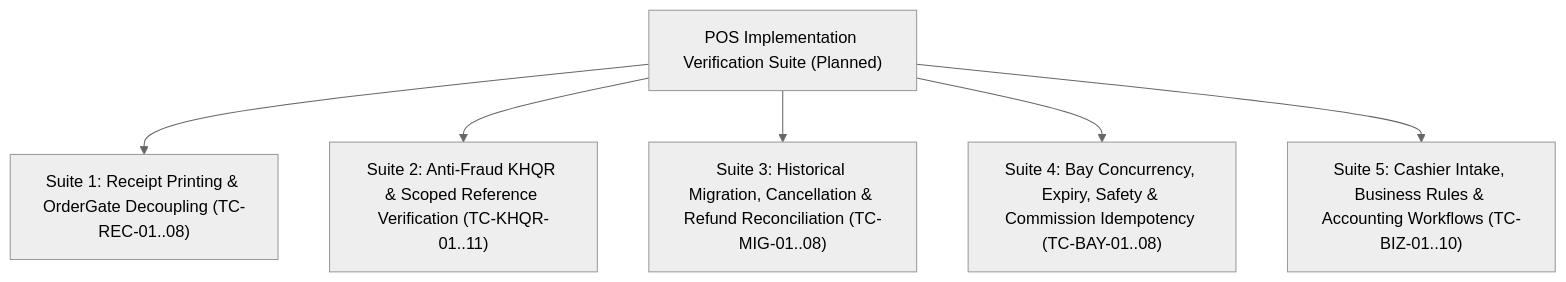
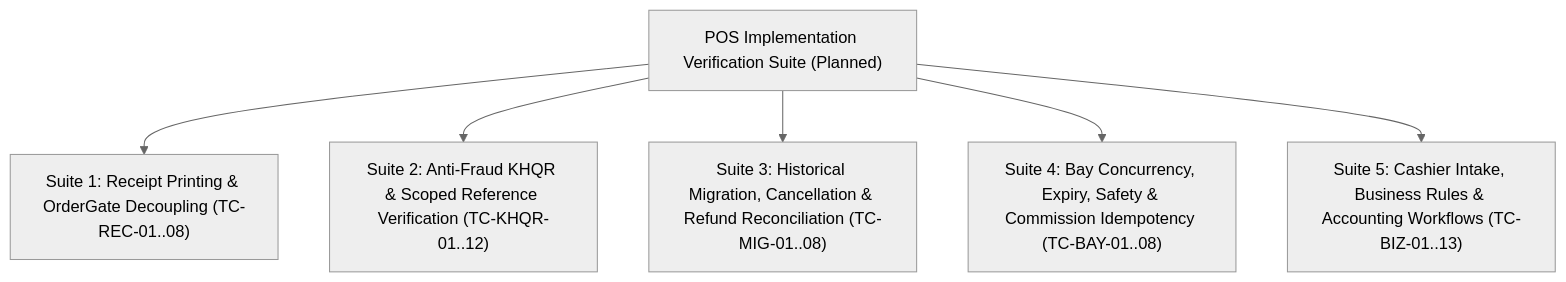
The diagram in POS-IMPLEMENTATION-TEST-MATRIX.md (Tiffy-gif/Car-WashService), drawn with Mermaid (neutral theme) before and after one commit. The commit also changed other lines of this file and 4 other files, not shown here.

````diff
--- a/POS-IMPLEMENTATION-TEST-MATRIX.md
+++ b/POS-IMPLEMENTATION-TEST-MATRIX.md
@@ -22,16 +22,16 @@
 ```mermaid
 graph TD
     Suite["POS Implementation Verification Suite (Planned)"]
     
     T1["Suite 1: Receipt Printing & OrderGate Decoupling (TC-REC-01..08)"]
-    T2["Suite 2: Anti-Fraud KHQR & Scoped Reference Verification (TC-KHQR-01..11)"]
+    T2["Suite 2: Anti-Fraud KHQR & Scoped Reference Verification (TC-KHQR-01..12)"]
     T3["Suite 3: Historical Migration, Cancellation & Refund Reconciliation (TC-MIG-01..08)"]
     T4["Suite 4: Bay Concurrency, Expiry, Safety & Commission Idempotency (TC-BAY-01..08)"]
-    T5["Suite 5: Cashier Intake, Business Rules & Accounting Workflows (TC-BIZ-01..10)"]
+    T5["Suite 5: Cashier Intake, Business Rules & Accounting Workflows (TC-BIZ-01..13)"]
 
     Suite --> T1
     Suite --> T2
     Suite --> T3
     Suite --> T4
     Suite --> T5
 ```
````
